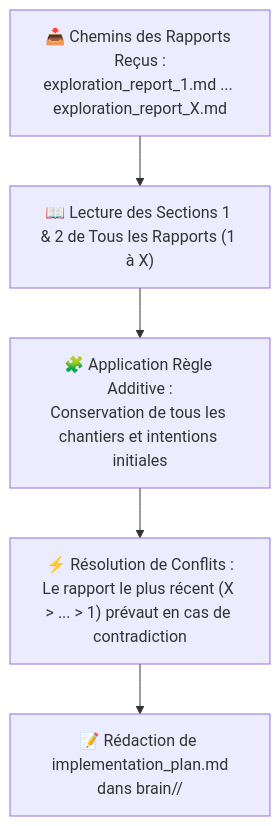
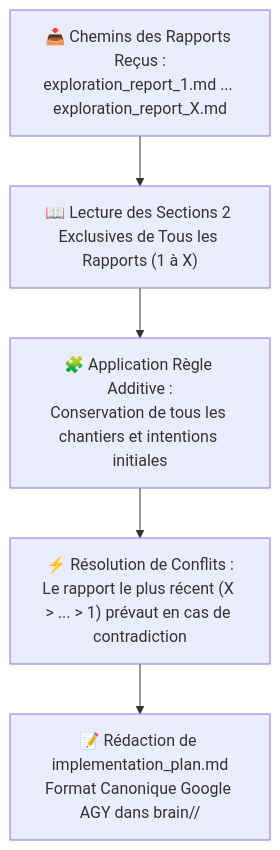
The first of 2 diagrams in src/skills/build/SKILL.md (hjamet/cursor-memory-bank), drawn with Mermaid before and after one commit. The commit also changed other lines of this file and 1 other file, not shown here.

Commit message:
docs(skills): update build with canonical google format section-2 merge and briefing invariants

````diff
--- a/src/skills/build/SKILL.md
+++ b/src/skills/build/SKILL.md
@@ -49,7 +49,7 @@
 ```mermaid
 flowchart TD
-    INPUT["📥 Chemins des Rapports Reçus :<br/>exploration_report_1.md ... exploration_report_X.md"] --> READ["📖 Lecture des Sections 1 & 2 de Tous les Rapports (1 à X)"]
+    INPUT["📥 Chemins des Rapports Reçus :<br/>exploration_report_1.md ... exploration_report_X.md"] --> READ["📖 Lecture des Sections 2 Exclusives de Tous les Rapports (1 à X)"]
     READ --> ADDITIVE["🧩 Application Règle Additive :<br/>Conservation de tous les chantiers et intentions initiales"]
     ADDITIVE --> RESOLVE["⚡ Résolution de Conflits :<br/>Le rapport le plus récent (X > ... > 1) prévaut en cas de contradiction"]
-    RESOLVE --> PLAN["📝 Rédaction de implementation_plan.md<br/>dans brain/<build-lead-id>/"]
+    RESOLVE --> PLAN["📝 Rédaction de implementation_plan.md<br/>Format Canonique Google AGY dans brain/<build-lead-id>/"]
 ```
````
